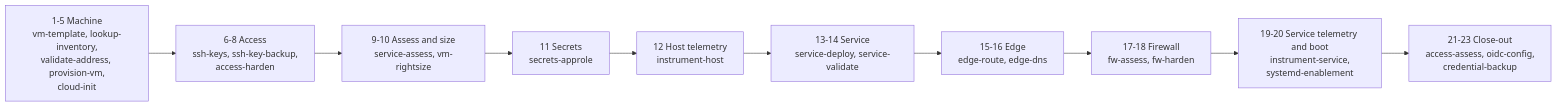
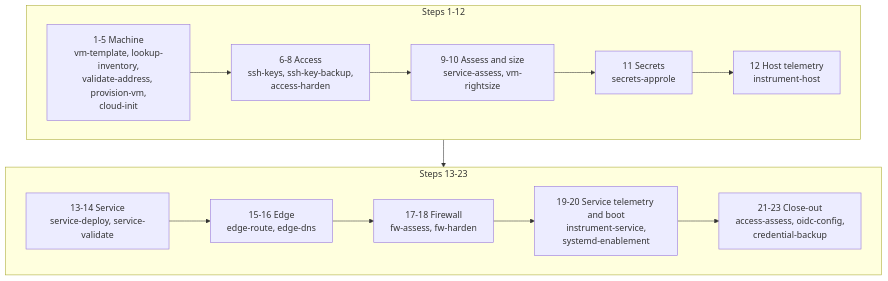
One commit to uhstray-io/agent-cloud changed the seventh of 10 diagrams in plan/architecture/service-architecture.md. Above: the diagram before and after it, drawn with Mermaid. The commit also changed other lines of this file and 1 other file, not shown here.

Commit message:
docs(architecture): fix diagram placeholders and wide layouts
Checked in GitHub's renderer: all 24 diagrams parse, but two problems
showed only there.

- GitHub's mermaid renderer decodes &lt;zone&gt; back to <zone> and
  strips it as a tag, so "Request for <label>.<zone>" displayed as
  "Request for .". Diagram placeholders now use braces ({zone}); the
  site-identity note says so.
- Three diagrams were too wide to read at page width: the network
  overview now flows top-down, the four-layer map stacks each layer in
  two rows, and the 23-step workflow wraps into two rows.

````diff
--- a/plan/architecture/service-architecture.md
+++ b/plan/architecture/service-architecture.md
@@ -376,14 +386,22 @@
 ```mermaid
-flowchart LR
-    S1["1-5 Machine<br/>vm-template, lookup-inventory,<br/>validate-address, provision-vm,<br/>cloud-init"]
-    S2["6-8 Access<br/>ssh-keys, ssh-key-backup,<br/>access-harden"]
-    S3["9-10 Assess and size<br/>service-assess, vm-rightsize"]
-    S4["11 Secrets<br/>secrets-approle"]
-    S5["12 Host telemetry<br/>instrument-host"]
-    S6["13-14 Service<br/>service-deploy, service-validate"]
-    S7["15-16 Edge<br/>edge-route, edge-dns"]
-    S8["17-18 Firewall<br/>fw-assess, fw-harden"]
-    S9["19-20 Service telemetry and boot<br/>instrument-service,<br/>systemd-enablement"]
-    S10["21-23 Close-out<br/>access-assess, oidc-config,<br/>credential-backup"]
-    S1 --> S2 --> S3 --> S4 --> S5 --> S6 --> S7 --> S8 --> S9 --> S10
+flowchart TB
+    subgraph R1["Steps 1-12"]
+        direction LR
+        S1["1-5 Machine<br/>vm-template, lookup-inventory,<br/>validate-address, provision-vm,<br/>cloud-init"]
+        S2["6-8 Access<br/>ssh-keys, ssh-key-backup,<br/>access-harden"]
+        S3["9-10 Assess and size<br/>service-assess, vm-rightsize"]
+        S4["11 Secrets<br/>secrets-approle"]
+        S5["12 Host telemetry<br/>instrument-host"]
+        S1 --> S2 --> S3 --> S4 --> S5
+    end
+    subgraph R2["Steps 13-23"]
+        direction LR
+        S6["13-14 Service<br/>service-deploy, service-validate"]
+        S7["15-16 Edge<br/>edge-route, edge-dns"]
+        S8["17-18 Firewall<br/>fw-assess, fw-harden"]
+        S9["19-20 Service telemetry and boot<br/>instrument-service,<br/>systemd-enablement"]
+        S10["21-23 Close-out<br/>access-assess, oidc-config,<br/>credential-backup"]
+        S6 --> S7 --> S8 --> S9 --> S10
+    end
+    R1 --> R2
 ```
````
